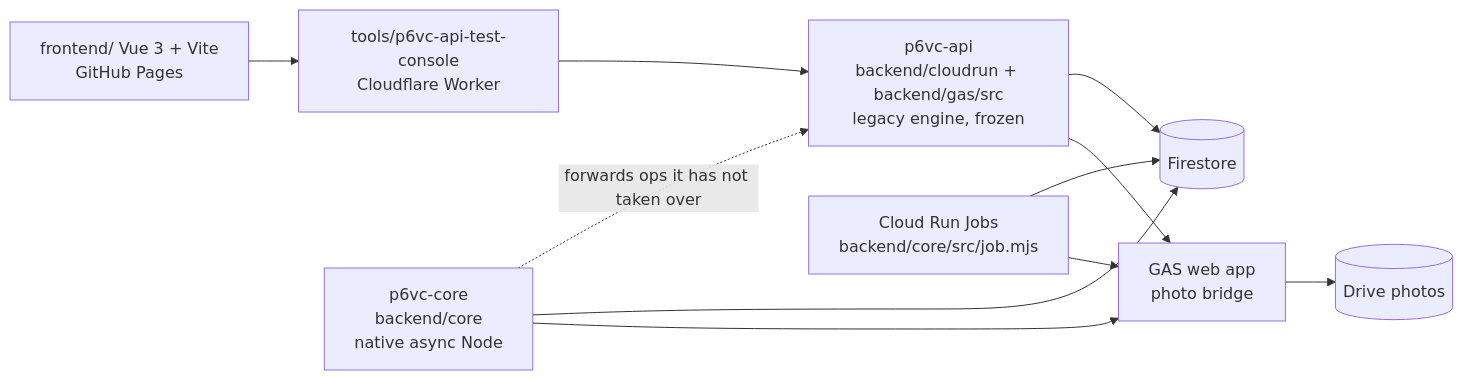
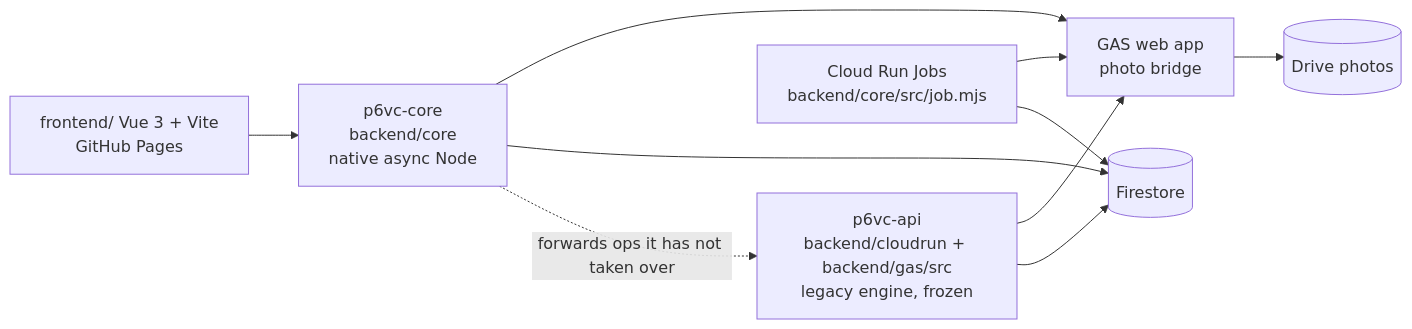
One commit to idev006/MT-Agency-Super-App-Framework changed the diagram in apps/vehicle-contact/docs/PROJECT_HANDOVER.md. Above: the diagram before and after it, drawn with Mermaid. The commit also changed other lines of this file and 5 other files, not shown here.

````diff
--- a/apps/vehicle-contact/docs/PROJECT_HANDOVER.md
+++ b/apps/vehicle-contact/docs/PROJECT_HANDOVER.md
@@ -43,13 +43,13 @@
 ```mermaid
 flowchart LR
-  WEB[frontend/ Vue 3 + Vite<br/>GitHub Pages] --> WK[tools/p6vc-api-test-console<br/>Cloudflare Worker]
-  WK --> API[p6vc-api<br/>backend/cloudrun + backend/gas/src<br/>legacy engine, frozen]
+  WEB[frontend/ Vue 3 + Vite<br/>GitHub Pages] --> CORE
+  API[p6vc-api<br/>backend/cloudrun + backend/gas/src<br/>legacy engine, frozen]
   CORE[p6vc-core<br/>backend/core<br/>native async Node] -. forwards ops it has not taken over .-> API
   CORE --> FS[(Firestore)]
   API --> FS
   CORE --> GAS[GAS web app<br/>photo bridge]
   API --> GAS
   GAS --> DR[(Drive photos)]
   JOBS[Cloud Run Jobs<br/>backend/core/src/job.mjs] --> FS
   JOBS --> GAS
 ```
````
